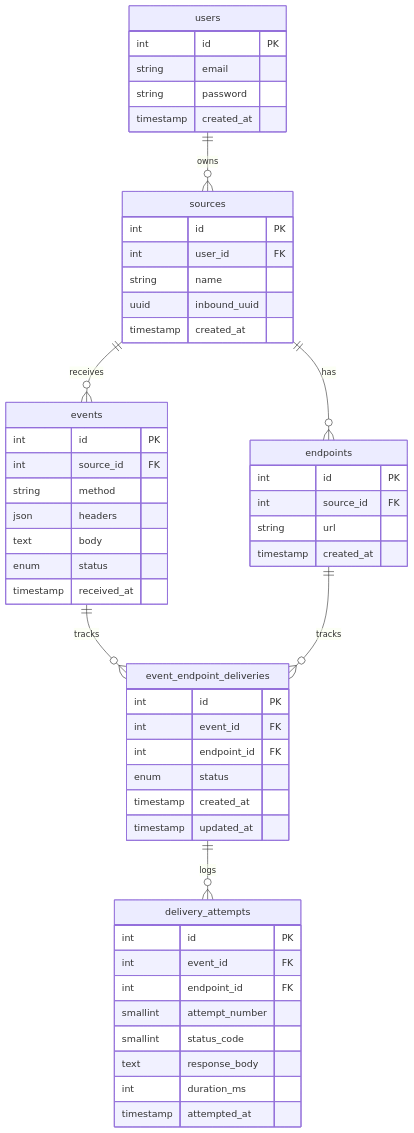
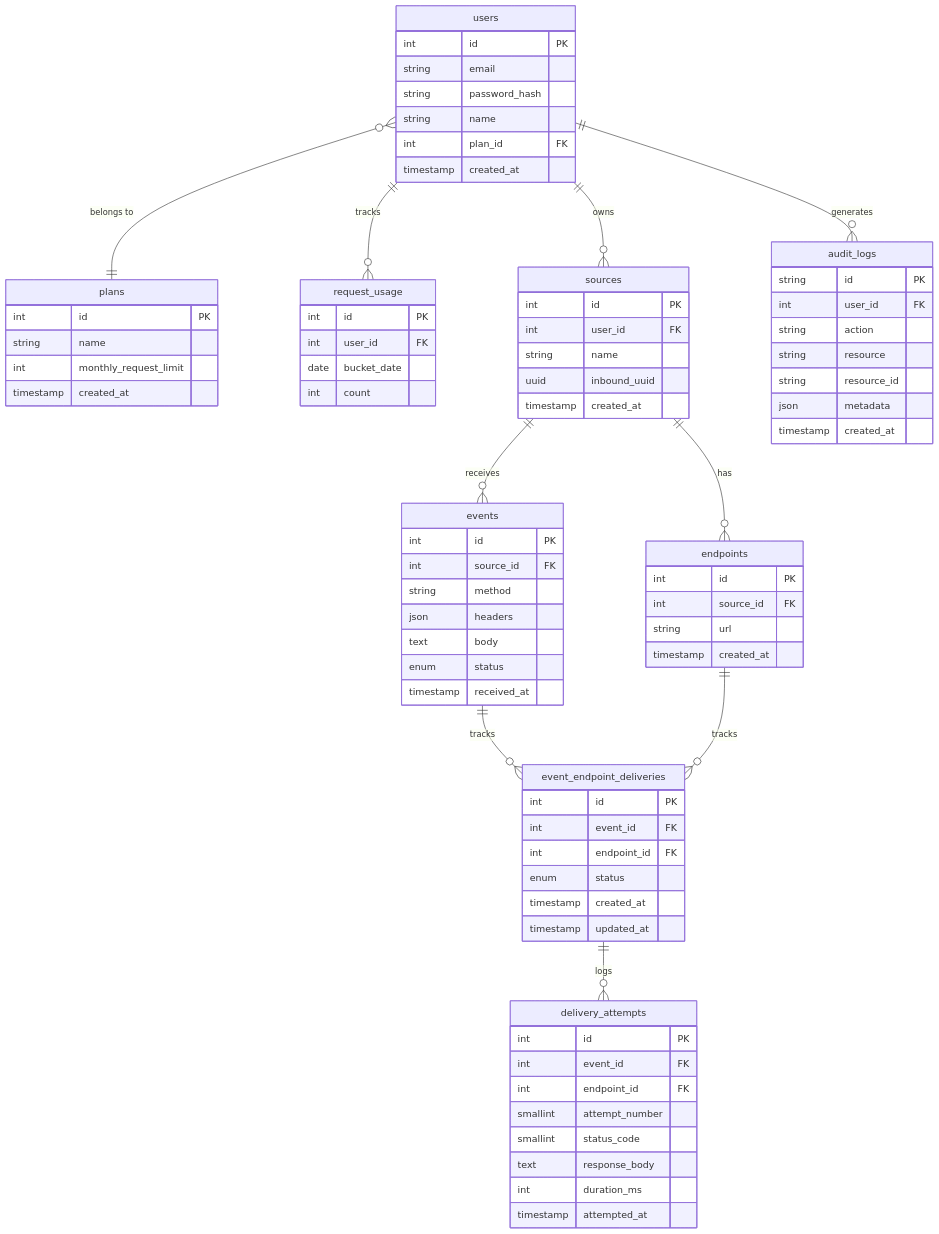
One commit to dorianneto/hookyard changed the second of 2 diagrams in README.md. Above: the diagram before and after it, drawn with Mermaid. The commit also changed other lines of this file and 1 other file, not shown here.

Commit message:
update key project documentations

```diff
--- a/README.md
+++ b/README.md
@@ -133,8 +133,24 @@
     users {
         int id PK
         string email
-        string password
+        string password_hash
+        string name
+        int plan_id FK
         timestamp created_at
+    }
+
+    plans {
+        int id PK
+        string name
+        int monthly_request_limit
+        timestamp created_at
+    }
+
+    request_usage {
+        int id PK
+        int user_id FK
+        date bucket_date
+        int count
     }
 
     sources {
@@ -182,7 +198,20 @@
         timestamp attempted_at
     }
 
+    audit_logs {
+        string id PK
+        int user_id FK
+        string action
+        string resource
+        string resource_id
+        json metadata
+        timestamp created_at
+    }
+
+    users }o--|| plans : "belongs to"
+    users ||--o{ request_usage : tracks
     users ||--o{ sources : owns
+    users ||--o{ audit_logs : generates
     sources ||--o{ endpoints : has
     sources ||--o{ events : receives
     events ||--o{ event_endpoint_deliveries : tracks
```
